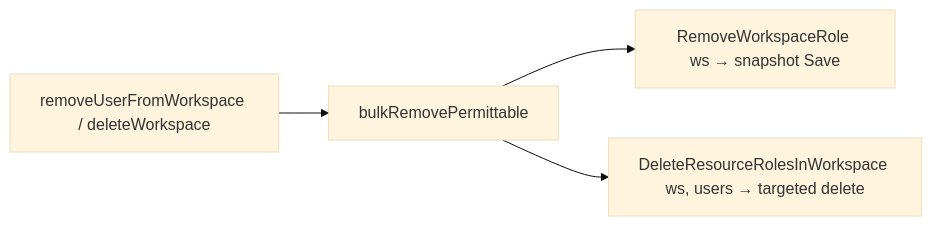
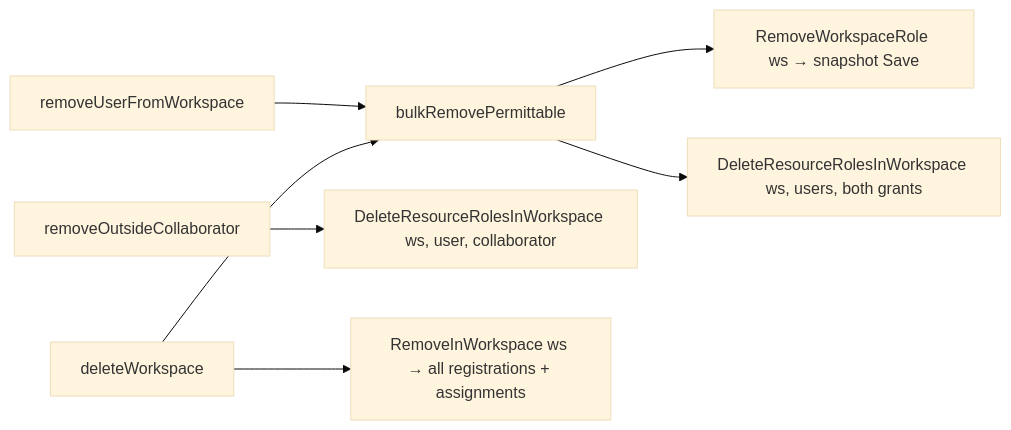
The fourth of 4 diagrams in server/docs/usecase/resource-role-binding.ja.md (reearth/reearth-accounts), drawn with Mermaid (base theme) before and after one commit. The commit also changed other lines of this file and 1 other file, not shown here.

Commit message:
docs(server): replace limited workspace members with GitHub-style outside collaborators

````diff
--- a/server/docs/usecase/resource-role-binding.ja.md
+++ b/server/docs/usecase/resource-role-binding.ja.md
@@ -622,6 +678,9 @@
 ```mermaid
 flowchart LR
-    R[removeUserFromWorkspace / deleteWorkspace] --> B[bulkRemovePermittable]
+    R[removeUserFromWorkspace] --> B[bulkRemovePermittable]
     B --> W[RemoveWorkspaceRole ws → snapshot Save]
-    B --> RR[DeleteResourceRolesInWorkspace ws, users → targeted delete]
+    B --> RR[DeleteResourceRolesInWorkspace ws, users, both grants]
+    O[removeOutsideCollaborator] --> OC[DeleteResourceRolesInWorkspace ws, user, collaborator]
+    D[deleteWorkspace] --> B
+    D --> RW[RemoveInWorkspace ws → all registrations + assignments]
 ```
````
